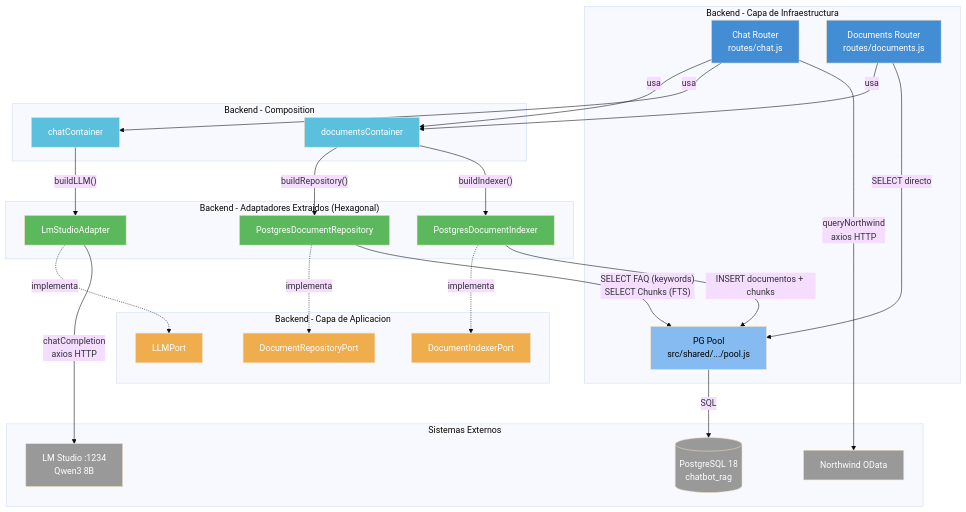
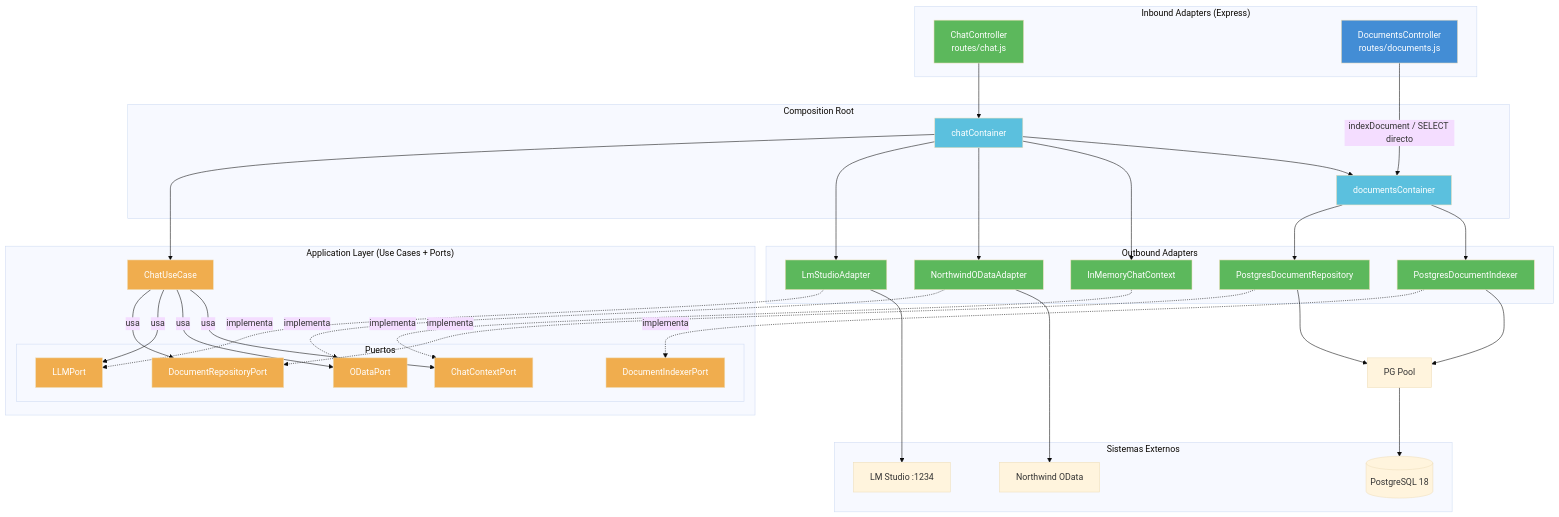
One commit to horangelmillan/chatbot-ia-local changed the diagram in docs/architecture/components.md. Above: the diagram before and after it, drawn with Mermaid (base theme). The commit also changed other lines of this file and 7 other files, not shown here.

First line of the commit message:
feat(backend): complete hexagonal migration with ChatUseCase + ODataPort (Slice 4)

````diff
--- a/docs/architecture/components.md
+++ b/docs/architecture/components.md
@@ -23,62 +28,81 @@
 ```mermaid
 graph TB
-    subgraph "Backend - Capa de Infraestructura"
-        CR["Chat Router<br/>routes/chat.js"]
-        DR["Documents Router<br/>routes/documents.js"]
-        PL["PG Pool<br/>src/shared/.../pool.js"]
+    subgraph "Inbound Adapters (Express)"
+        CR["ChatController<br/>routes/chat.js"]
+        DR["DocumentsController<br/>routes/documents.js"]
     end
 
-    subgraph "Backend - Adaptadores Extraidos (Hexagonal)"
-        PDR["PostgresDocumentRepository"]
-        PDI["PostgresDocumentIndexer"]
-        LMS["LmStudioAdapter"]
-    end
-
-    subgraph "Backend - Capa de Aplicacion"
-        DRP["DocumentRepositoryPort"]
-        DIP["DocumentIndexerPort"]
-        LLP["LLMPort"]
-    end
-
-    subgraph "Backend - Composition"
+    subgraph "Composition Root"
         DC["documentsContainer"]
         CC["chatContainer"]
     end
 
+    subgraph "Application Layer (Use Cases + Ports)"
+        CU["ChatUseCase"]
+        subgraph "Puertos"
+            DRP["DocumentRepositoryPort"]
+            DIP["DocumentIndexerPort"]
+            LLP["LLMPort"]
+            ODP["ODataPort"]
+            CCP["ChatContextPort"]
+        end
+    end
+
+    subgraph "Outbound Adapters"
+        PDR["PostgresDocumentRepository"]
+        PDI["PostgresDocumentIndexer"]
+        LMS["LmStudioAdapter"]
+        NWO["NorthwindODataAdapter"]
+        IMC["InMemoryChatContext"]
+    end
+
     subgraph "Sistemas Externos"
-        LLM["LM Studio :1234<br/>Qwen3 8B"]
-        PG[("PostgreSQL 18<br/>chatbot_rag")]
+        LLM["LM Studio :1234"]
+        PG[("PostgreSQL 18")]
         NW["Northwind OData"]
     end
 
-    DC -->|"buildRepository()"| PDR
-    DC -->|"buildIndexer()"| PDI
-    CC -->|"buildLLM()"| LMS
-    DR -->|"usa"| DC
-    CR -->|"usa"| DC
-    CR -->|"usa"| CC
+    CU -->|"usa"| DRP
+    CU -->|"usa"| LLP
+    CU -->|"usa"| ODP
+    CU -->|"usa"| CCP
+
     PDR -.->|"implementa"| DRP
     PDI -.->|"implementa"| DIP
     LMS -.->|"implementa"| LLP
-    CR -->|"queryNorthwind<br/>axios HTTP"| NW
-    LMS -->|"chatCompletion<br/>axios HTTP"| LLM
-    DR -->|"SELECT directo"| PL
-    PDR -->|"SELECT FAQ (keywords)<br/>SELECT Chunks (FTS)"| PL
-    PDI -->|"INSERT documentos + chunks"| PL
-    PL -->|"SQL"| PG
+    NWO -.->|"implementa"| ODP
+    IMC -.->|"implementa"| CCP
 
-    style CR fill:#438dd5,color:#fff
+    DC --> PDR
+    DC --> PDI
+    CC --> CU
+    CC --> LMS
+    CC --> NWO
+    CC --> IMC
+    CC --> DC
+
+    CR --> CC
+    DR -->|"indexDocument / SELECT directo"| DC
+
+    LMS --> LLM
+    NWO --> NW
+    PDR --> PL["PG Pool"]
+    PDI --> PL
+    PL --> PG
+
+    style CR fill:#5cb85c,color:#fff
     style DR fill:#438dd5,color:#fff
-    style PL fill:#85bbf0,color:#000
+    style CU fill:#f0ad4e,color:#fff
+    style DRP fill:#f0ad4e,color:#fff
+    style DIP fill:#f0ad4e,color:#fff
+    style LLP fill:#f0ad4e,color:#fff
+    style ODP fill:#f0ad4e,color:#fff
+    style CCP fill:#f0ad4e,color:#fff
     style PDR fill:#5cb85c,color:#fff
     style PDI fill:#5cb85c,color:#fff
     style LMS fill:#5cb85c,color:#fff
-    style DRP fill:#f0ad4e,color:#fff
-    style DIP fill:#f0ad4e,color:#fff
-    style LLP fill:#f0ad4e,color:#fff
+    style NWO fill:#5cb85c,color:#fff
+    style IMC fill:#5cb85c,color:#fff
     style DC fill:#5bc0de,color:#fff
     style CC fill:#5bc0de,color:#fff
-    style LLM fill:#999999,color:#fff
-    style NW fill:#999999,color:#fff
-    style PG fill:#999999,color:#fff
 ```
````
